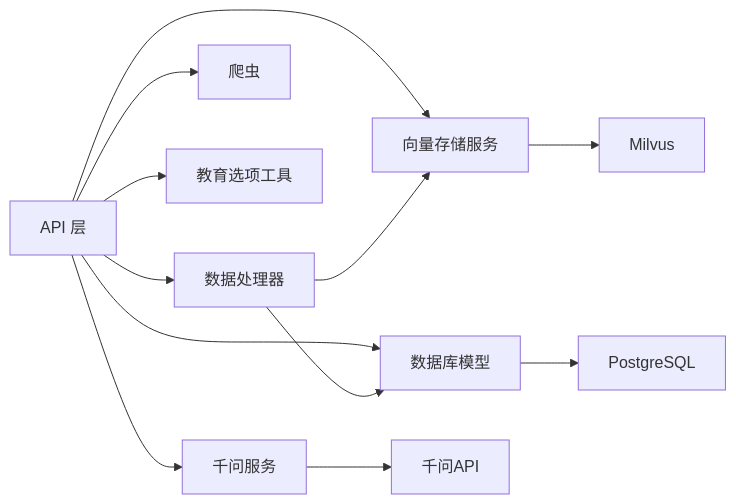
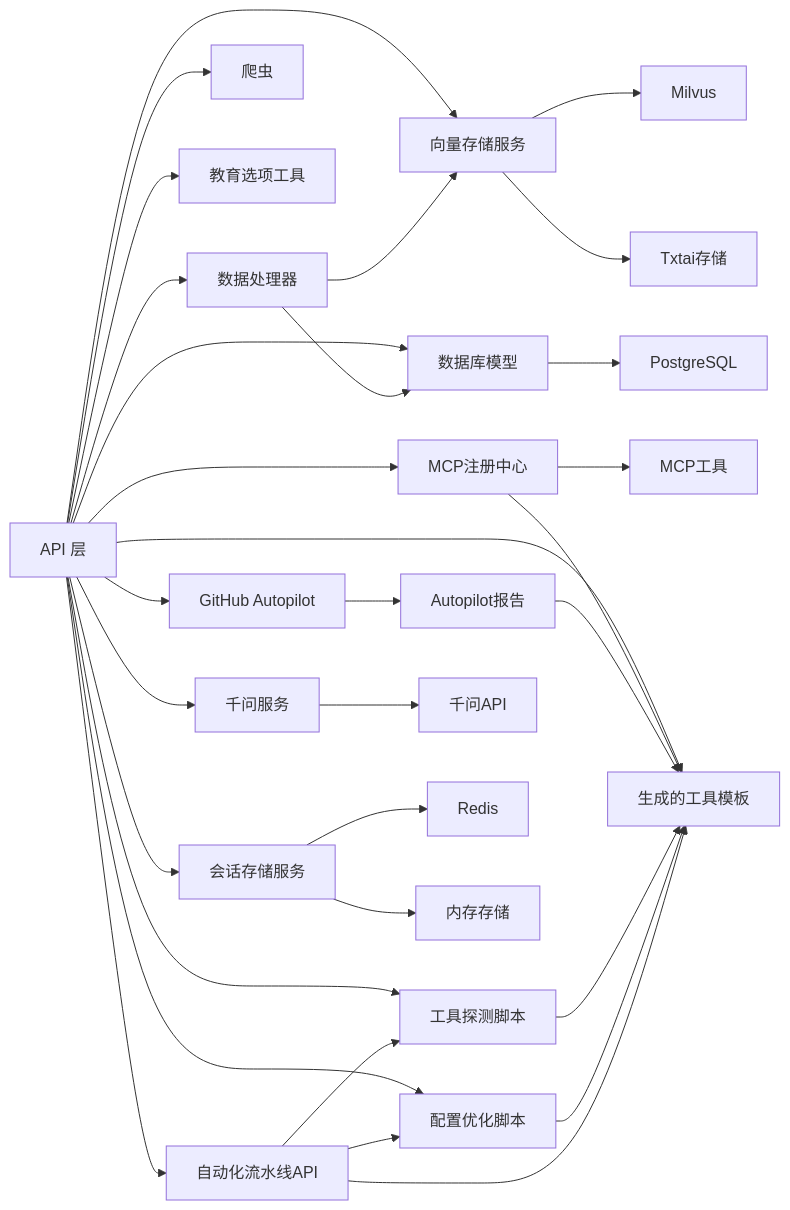
Before and after one commit to ghbbn053-ship-itsoulddog/soulddog: diagram 23 of 23 in .qoder/repowiki/zh/content/AI智能问答系统/AI智能问答系统.md, drawn with Mermaid. The commit also changed other lines of this file and 119 other files, not shown here.

````diff
--- a/.qoder/repowiki/zh/content/AI智能问答系统/AI智能问答系统.md
+++ b/.qoder/repowiki/zh/content/AI智能问答系统/AI智能问答系统.md
@@ -383,14 +1281,33 @@
 ```mermaid
 graph LR
 API["API 层"] --> VEC["向量存储服务"]
 API --> QW["千问服务"]
 API --> DB["数据库模型"]
 API --> SCR["爬虫"]
 API --> OPT["教育选项工具"]
 API --> DP["数据处理器"]
+API --> SS["会话存储服务"]
+API --> MCPR["MCP注册中心"]
+API --> GITHUB_AUTOPILOT["GitHub Autopilot"]
+API --> GENERATED_TOOLS["生成的工具模板"]
+API --> PROBE_SCRIPT["工具探测脚本"]
+API --> ENRICH_SCRIPT["配置优化脚本"]
+API --> PIPELINE_API["自动化流水线API"]
 VEC --> MILVUS["Milvus"]
+VEC --> TXTAI["Txtai存储"]
 DB --> PG["PostgreSQL"]
 QW --> LLM["千问API"]
+SS --> REDIS["Redis"]
+SS --> MEMORY["内存存储"]
 DP --> VEC
 DP --> DB
+MCPR --> TOOLS["MCP工具"]
+MCPR --> GENERATED_TOOLS
+GITHUB_AUTOPILOT --> AUTOPILOT_REPORT["Autopilot报告"]
+AUTOPILOT_REPORT --> GENERATED_TOOLS
+PROBE_SCRIPT --> GENERATED_TOOLS
+ENRICH_SCRIPT --> GENERATED_TOOLS
+PIPELINE_API --> PROBE_SCRIPT
+PIPELINE_API --> ENRICH_SCRIPT
+PIPELINE_API --> GENERATED_TOOLS
 ```
````
